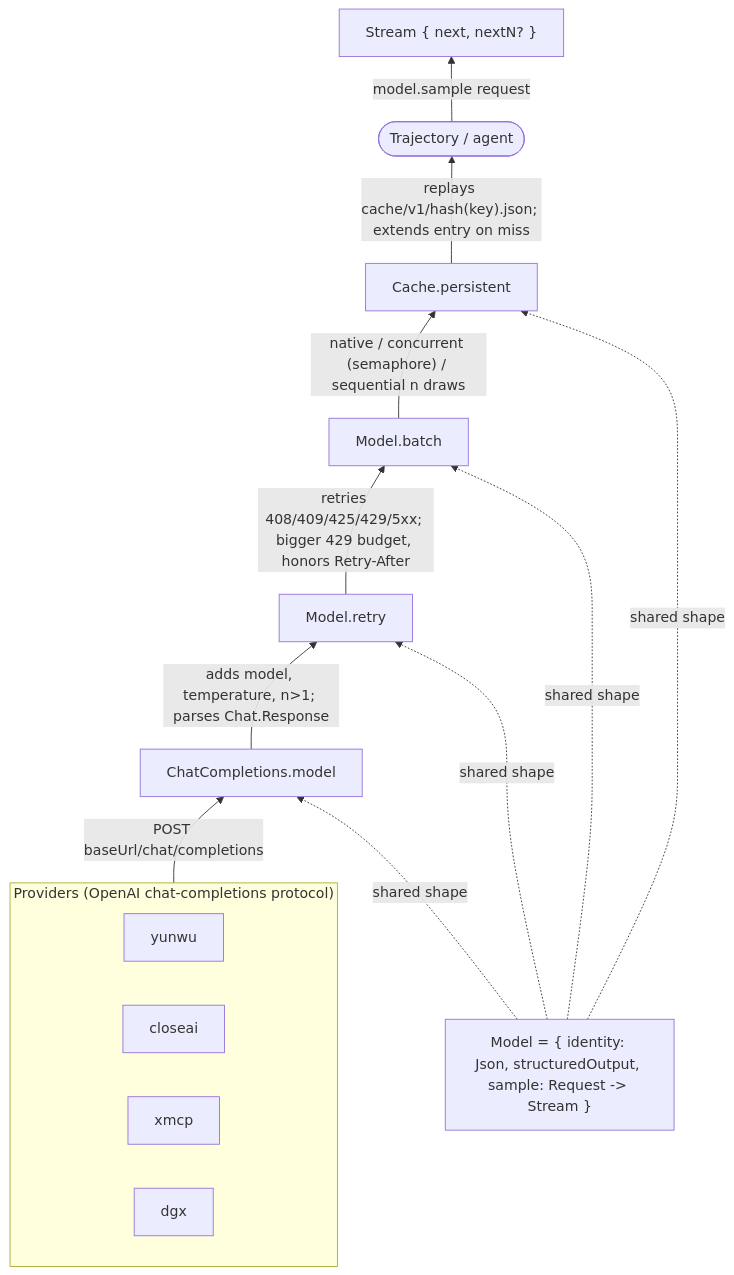
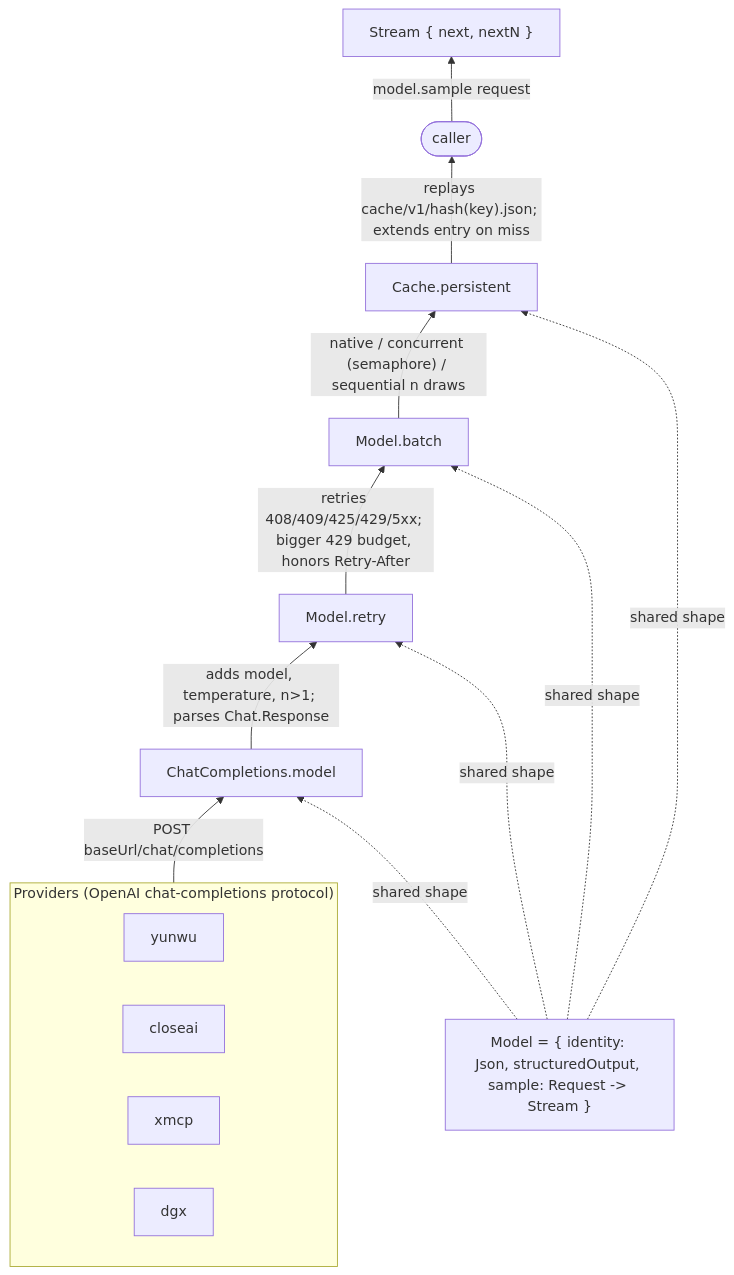
Before and after one commit to mechtaev/alaya: the third of 4 diagrams in docs/llm-api.md, drawn with Mermaid. The commit also changed other lines of this file and 11 other files, not shown here.

````diff
--- a/docs/llm-api.md
+++ b/docs/llm-api.md
@@ -59,30 +246,30 @@
 ```mermaid
 flowchart BT
     subgraph Providers["Providers (OpenAI chat-completions protocol)"]
         direction LR
         yunwu["yunwu"]
         closeai["closeai"]
         xmcp["xmcp"]
         dgx["dgx"]
     end
 
     Transport["ChatCompletions.model"]
     Retry["Model.retry"]
     Batch["Model.batch"]
     Cache["Cache.persistent"]
-    Trajectory(["Trajectory / agent"])
+    Caller(["caller"])
 
     Providers -- "POST baseUrl/chat/completions" --> Transport
     Transport -- "adds model, temperature, n>1; parses Chat.Response" --> Retry
     Retry -- "retries 408/409/425/429/5xx; bigger 429 budget, honors Retry-After" --> Batch
     Batch -- "native / concurrent (semaphore) / sequential n draws" --> Cache
-    Cache -- "replays cache/v1/hash(key).json; extends entry on miss" --> Trajectory
+    Cache -- "replays cache/v1/hash(key).json; extends entry on miss" --> Caller
 
     Iface["Model = { identity: Json, structuredOutput, sample: Request -> Stream }"]
     Iface -.shared shape.-> Transport
     Iface -.shared shape.-> Retry
     Iface -.shared shape.-> Batch
     Iface -.shared shape.-> Cache
 
-    Trajectory -- "model.sample request" --> Stream["Stream { next, nextN? }"]
+    Caller -- "model.sample request" --> Stream["Stream { next, nextN }"]
 ```
````
